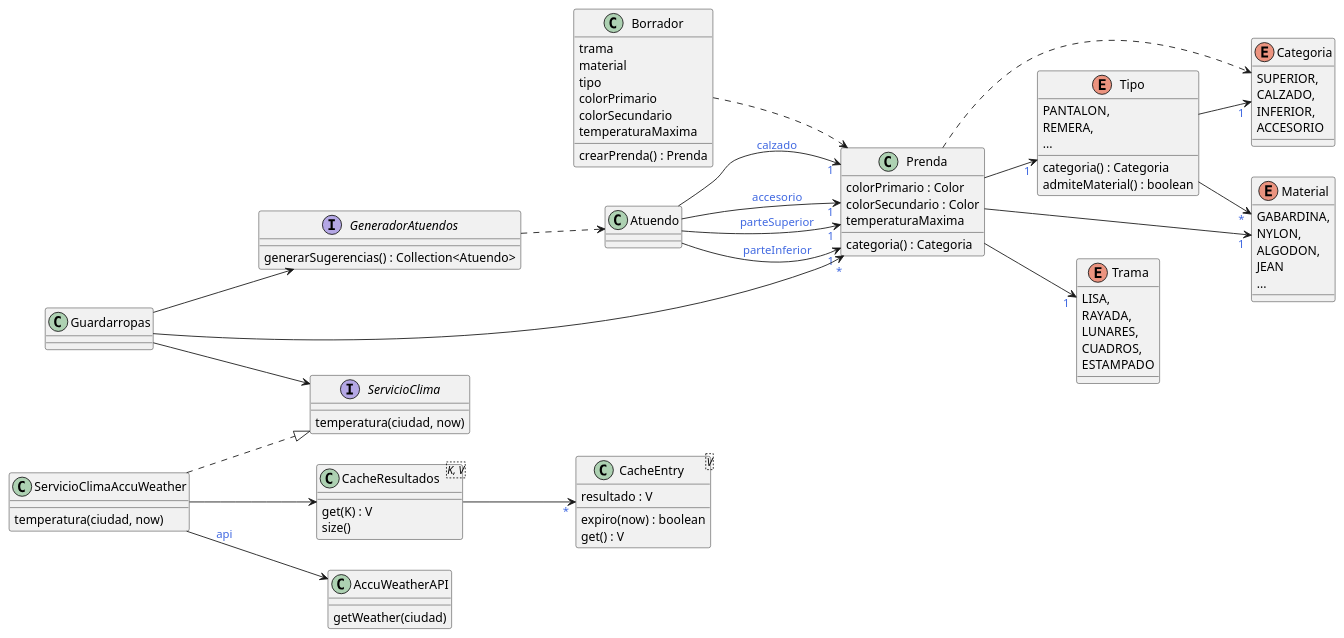
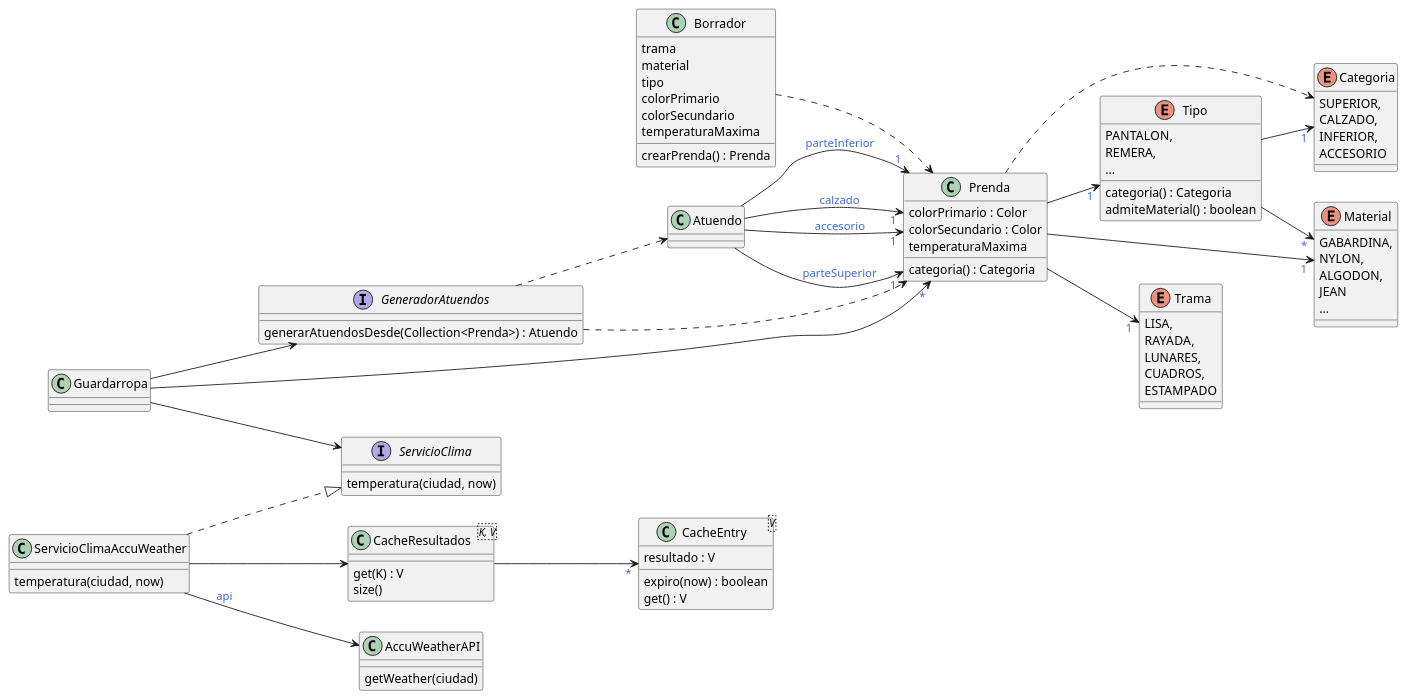
The diagram in assets/qmp.puml (ariel-/tp-dds-qmp), drawn with PlantUML before and after one commit. The commit also changed 7 other files, not shown here.

Commit message:
Agrego Mockito, add test GeneradorAtuendos. Validaciones Atuendo

```diff
--- a/assets/qmp.puml
+++ b/assets/qmp.puml
@@ -1,116 +1,117 @@
 @startuml
 left to right direction
 skinparam backgroundColor transparent
 skinparam arrowFontColor royalblue
 
 together {
     class Prenda {
         colorPrimario : Color
         colorSecundario : Color
         temperaturaMaxima
         categoria() : Categoria
     }
 
     enum Trama {
         LISA,
         RAYADA,
         LUNARES,
         CUADROS,
         ESTAMPADO
     }
 
     enum Material {
         GABARDINA,
         NYLON,
         ALGODON,
         JEAN
         ...
     }
 
     enum Tipo {
         PANTALON,
         REMERA,
         ...
 
         categoria() : Categoria
         admiteMaterial() : boolean
     }
 
     enum Categoria {
         SUPERIOR,
         CALZADO,
         INFERIOR,
         ACCESORIO
     }
 
     Prenda --> "1" Material
     Prenda --> "1" Trama
     Prenda --> "1" Tipo
 
     Prenda ..> Categoria
 
     Tipo --> "1" Categoria
     Tipo --> "*" Material
 }
 
 class Borrador {
     trama
     material
     tipo
     colorPrimario
     colorSecundario
     temperaturaMaxima
 
     crearPrenda() : Prenda
 }
 
 interface GeneradorAtuendos {
-    generarSugerencias() : Collection<Atuendo>
+    generarAtuendosDesde(Collection<Prenda>) : Atuendo
 }
 
 class Atuendo {
 }
 
 interface ServicioClima {
     temperatura(ciudad, now)
 }
 
 class ServicioClimaAccuWeather {
     temperatura(ciudad, now)
 }
 
 class "CacheResultados<K, V>" as CacheResultados {
     get(K) : V
     size()
 }
 
 class "CacheEntry<V>" as CacheEntry {
     resultado : V
     expiro(now) : boolean
     get() : V
 }
 
 class AccuWeatherAPI {
     getWeather(ciudad)
 }
 
 Borrador ..> Prenda
 
 Atuendo --> "1" Prenda : parteSuperior
 Atuendo --> "1" Prenda : parteInferior
 Atuendo --> "1" Prenda : calzado
 Atuendo --> "1" Prenda : accesorio
 
-Guardarropas --> GeneradorAtuendos
-Guardarropas --> ServicioClima
-Guardarropas --> "*" Prenda
+Guardarropa --> GeneradorAtuendos
+Guardarropa --> ServicioClima
+Guardarropa --> "*" Prenda
 
+GeneradorAtuendos ..> Prenda
 GeneradorAtuendos ..> Atuendo
 
 ServicioClimaAccuWeather ..|> ServicioClima
 ServicioClimaAccuWeather --> CacheResultados
 ServicioClimaAccuWeather --> AccuWeatherAPI : api
 
 CacheResultados --> "*" CacheEntry
 
 @enduml
```
